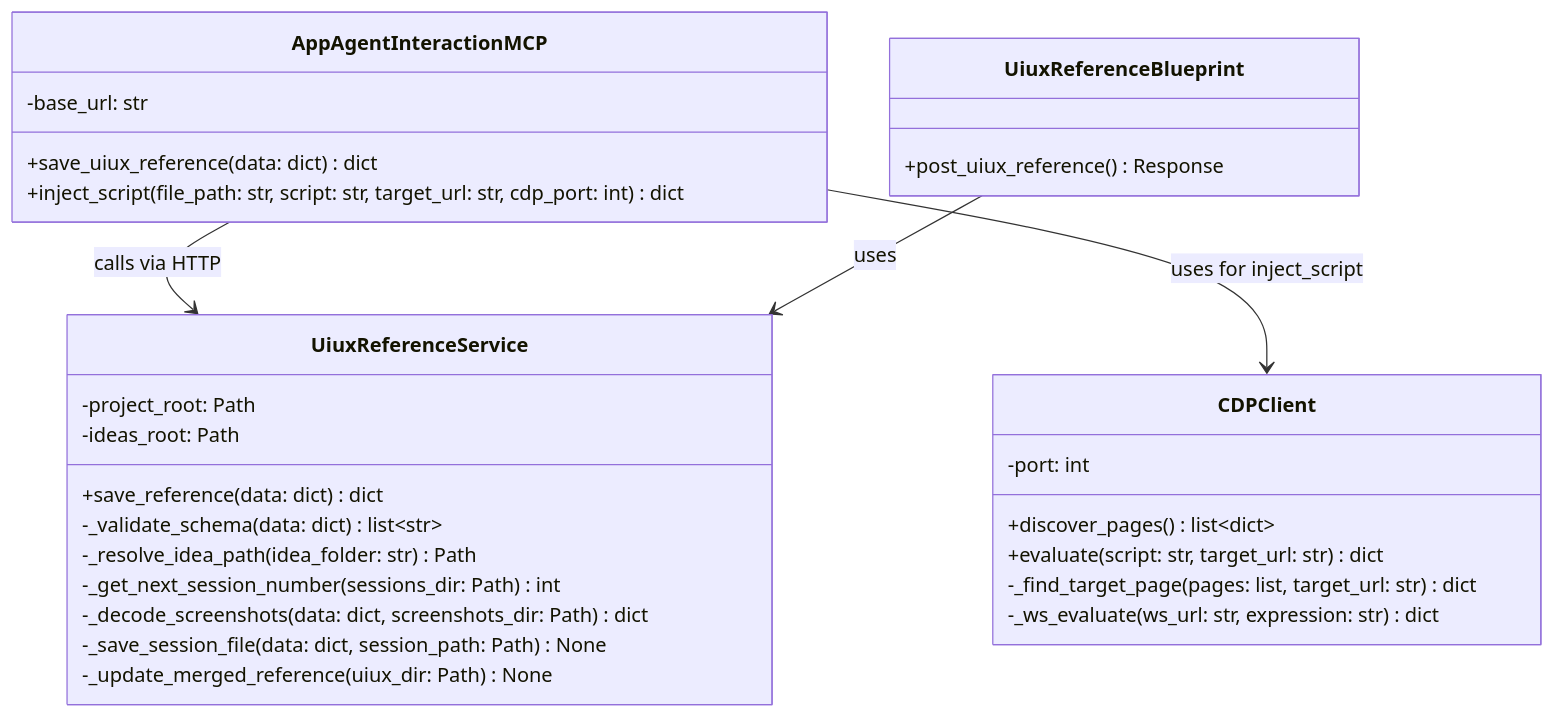
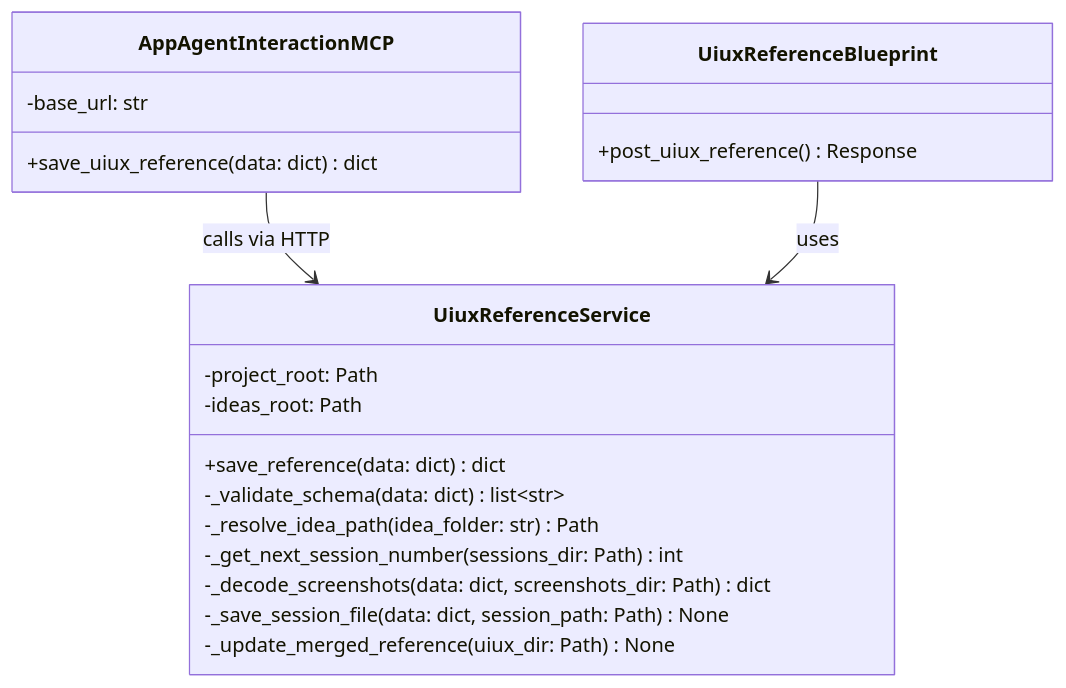
The second of 2 diagrams in x-ipe-docs/requirements/FEATURE-033/technical-design.md (Young-Z/X-IPE), drawn with Mermaid before and after one commit. The commit also changed other lines of this file and 54 other files, not shown here.

````diff
--- a/x-ipe-docs/requirements/FEATURE-033/technical-design.md
+++ b/x-ipe-docs/requirements/FEATURE-033/technical-design.md
@@ -172,36 +85,26 @@
 ```mermaid
 classDiagram
     class AppAgentInteractionMCP {
         -base_url: str
         +save_uiux_reference(data: dict) dict
-        +inject_script(file_path: str, script: str, target_url: str, cdp_port: int) dict
-    }
-
-    class CDPClient {
-        -port: int
-        +discover_pages() list~dict~
-        +evaluate(script: str, target_url: str) dict
-        -_find_target_page(pages: list, target_url: str) dict
-        -_ws_evaluate(ws_url: str, expression: str) dict
     }
 
     class UiuxReferenceService {
         -project_root: Path
         -ideas_root: Path
         +save_reference(data: dict) dict
         -_validate_schema(data: dict) list~str~
         -_resolve_idea_path(idea_folder: str) Path
         -_get_next_session_number(sessions_dir: Path) int
         -_decode_screenshots(data: dict, screenshots_dir: Path) dict
         -_save_session_file(data: dict, session_path: Path) None
         -_update_merged_reference(uiux_dir: Path) None
     }
 
     class UiuxReferenceBlueprint {
         +post_uiux_reference() Response
     }
 
     AppAgentInteractionMCP --> UiuxReferenceService : calls via HTTP
-    AppAgentInteractionMCP --> CDPClient : uses for inject_script
     UiuxReferenceBlueprint --> UiuxReferenceService : uses
 ```
````
